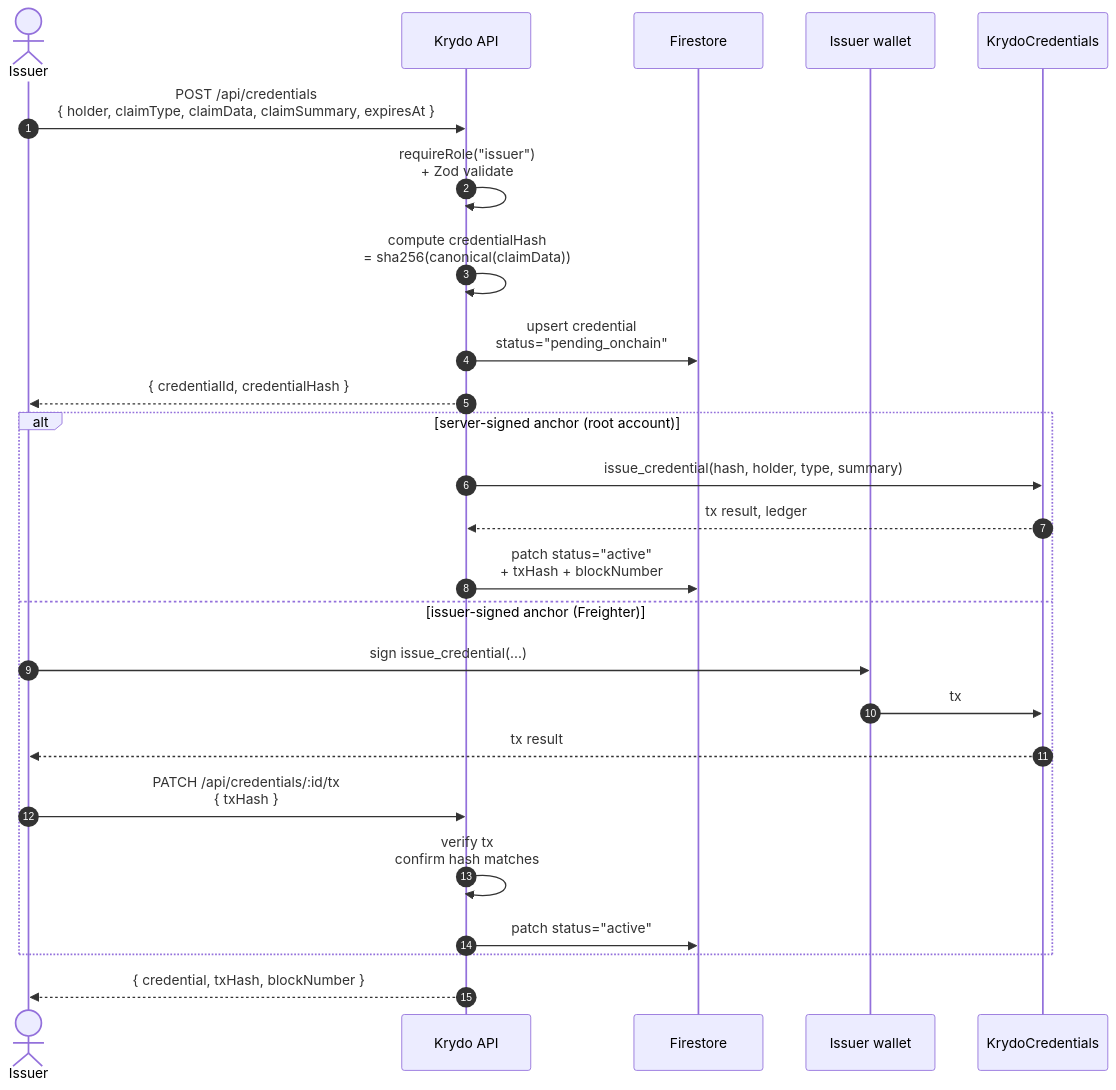
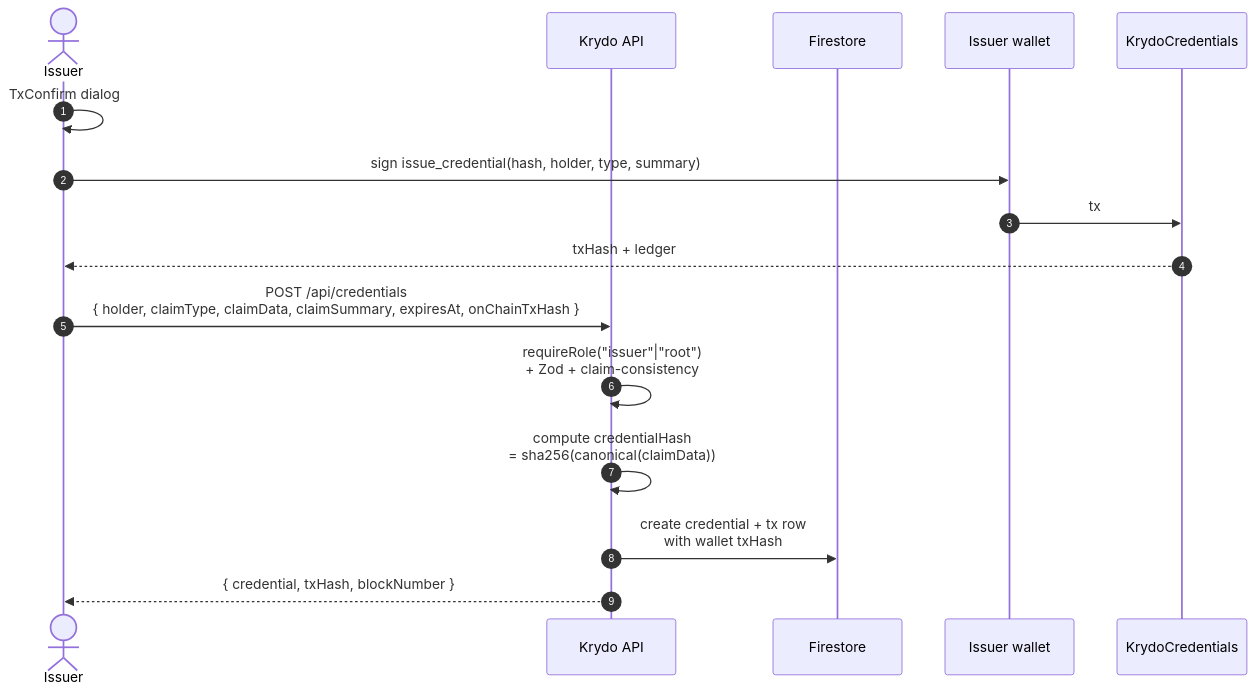
One commit to nishant-uxs/krydo-stellar changed the tenth of 26 diagrams in DOCUMENTATION.md. Above: the diagram before and after it, drawn with Mermaid. The commit also changed other lines of this file and 2 other files, not shown here.

Commit message:
Align README and docs with wallet-signed Soroban flows.

````diff
--- a/DOCUMENTATION.md
+++ b/DOCUMENTATION.md
@@ -352,29 +362,19 @@
 ```mermaid
 sequenceDiagram
     autonumber
     actor I as Issuer
     participant API as Krydo API
     participant FS as Firestore
     participant W as Issuer wallet
     participant KC as KrydoCredentials
 
-    I->>API: POST /api/credentials<br/>{ holder, claimType, claimData, claimSummary, expiresAt }
-    API->>API: requireRole("issuer")<br/>+ Zod validate
+    I->>I: TxConfirm dialog
+    I->>W: sign issue_credential(hash, holder, type, summary)
+    W->>KC: tx
+    KC-->>I: txHash + ledger
+    I->>API: POST /api/credentials<br/>{ holder, claimType, claimData, claimSummary, expiresAt, onChainTxHash }
+    API->>API: requireRole("issuer"|"root")<br/>+ Zod + claim-consistency
     API->>API: compute credentialHash<br/>= sha256(canonical(claimData))
-    API->>FS: upsert credential<br/>status="pending_onchain"
-    API-->>I: { credentialId, credentialHash }
-
-    alt server-signed anchor (root account)
-        API->>KC: issue_credential(hash, holder, type, summary)
-        KC-->>API: tx result, ledger
-        API->>FS: patch status="active"<br/>+ txHash + blockNumber
-    else issuer-signed anchor (Freighter)
-        I->>W: sign issue_credential(...)
-        W->>KC: tx
-        KC-->>I: tx result
-        I->>API: PATCH /api/credentials/:id/tx<br/>{ txHash }
-        API->>API: verify tx<br/>confirm hash matches
-        API->>FS: patch status="active"
-    end
+    API->>FS: create credential + tx row<br/>with wallet txHash
     API-->>I: { credential, txHash, blockNumber }
 ```
````
